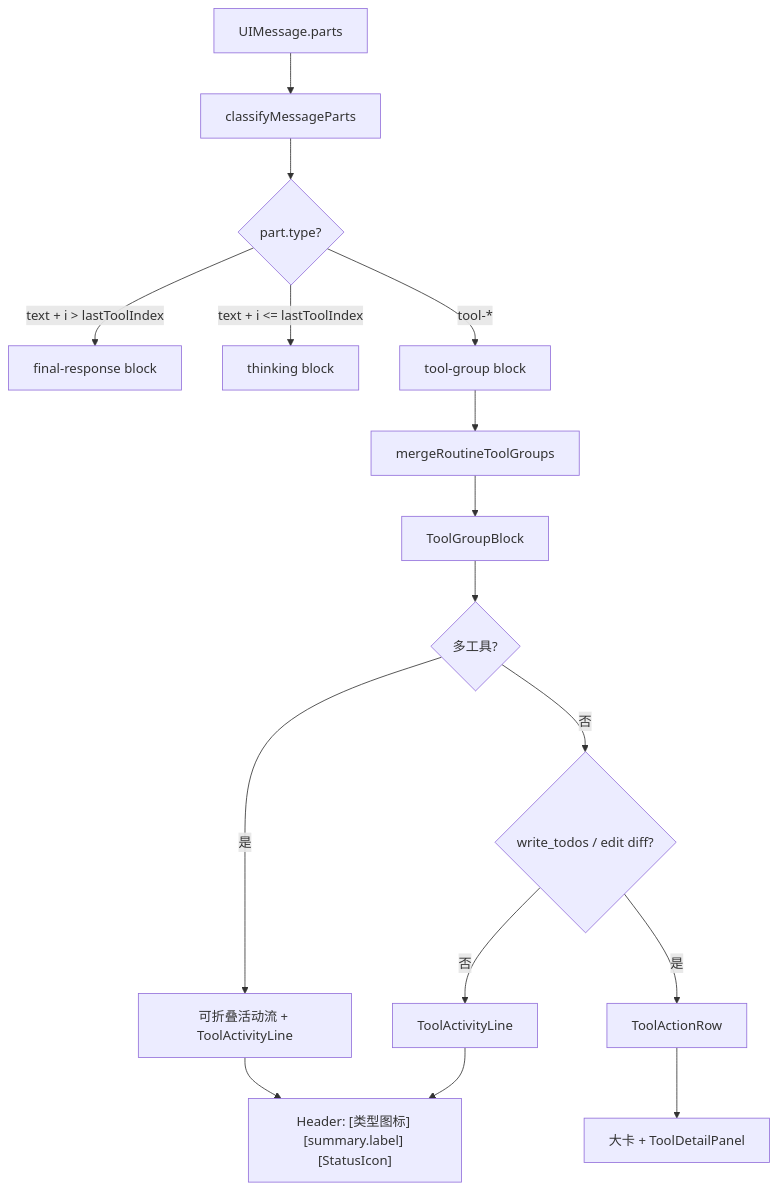
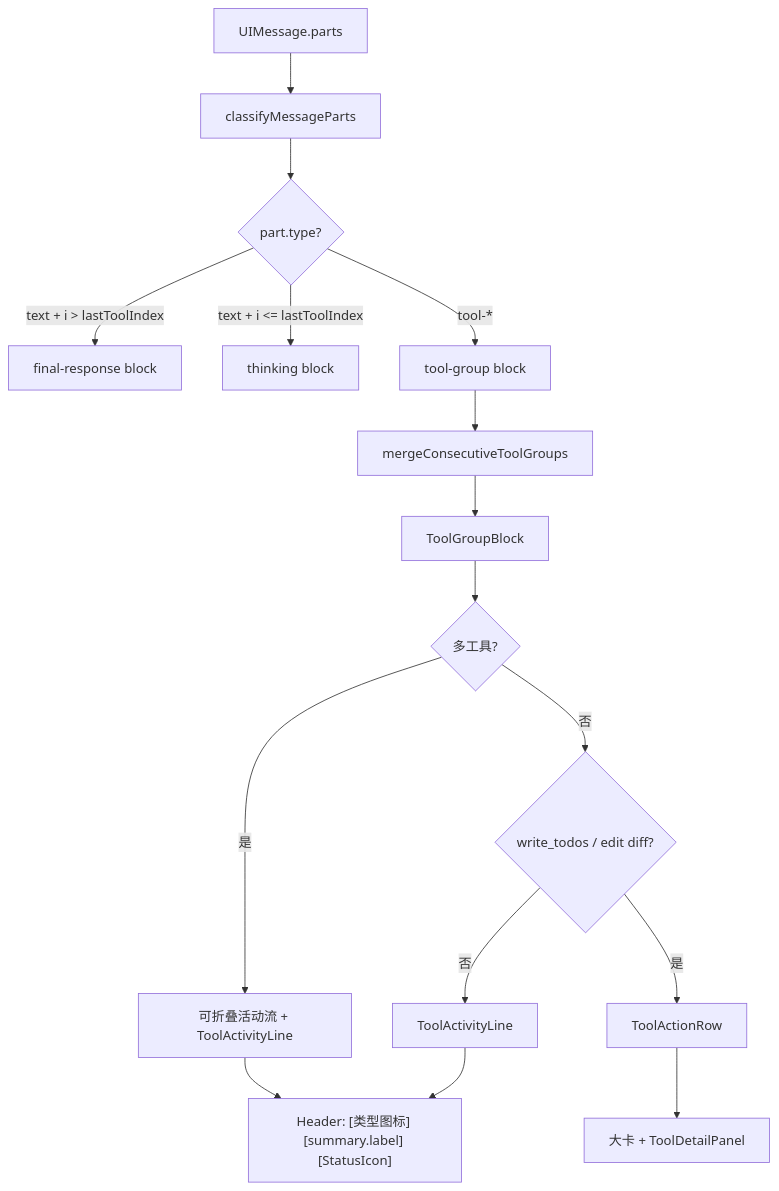
Before and after one commit to rzx007/digital-employe-client-web-m: the sixth of 11 diagrams in apps/web/src/lib/chat/langchain-stream-parser-flow.md, drawn with Mermaid. The commit also changed other lines of this file and 8 other files, not shown here.

````diff
--- a/apps/web/src/lib/chat/langchain-stream-parser-flow.md
+++ b/apps/web/src/lib/chat/langchain-stream-parser-flow.md
@@ -200,21 +200,21 @@
 ```mermaid
 flowchart TD
   A[UIMessage.parts] --> B[classifyMessageParts]
   B --> C{part.type?}
 
   C -- "text + i > lastToolIndex" --> D[final-response block]
   C -- "text + i <= lastToolIndex" --> E[thinking block]
   C -- "tool-*" --> F[tool-group block]
 
-  F --> G[mergeRoutineToolGroups]
+  F --> G[mergeConsecutiveToolGroups]
   G --> H[ToolGroupBlock]
   H --> I{多工具?}
   I -- 是 --> J[可折叠活动流 + ToolActivityLine]
   I -- 否 --> K{write_todos / edit diff?}
   K -- 是 --> L[ToolActionRow]
   K -- 否 --> M[ToolActivityLine]
 
   J --> N["Header: [类型图标] [summary.label] [StatusIcon]"]
   L --> O["大卡 + ToolDetailPanel"]
   M --> N
 ```
````
